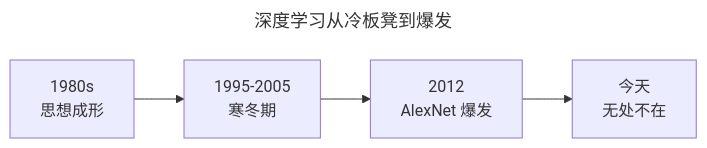
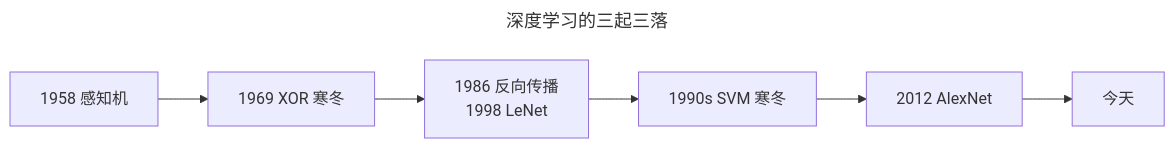
Before and after one commit to Joneyao/dl-from-scratch: the first of 7 diagrams in docs/articles/02-dl-boom.md, drawn with Mermaid. The commit also changed other lines of this file and 20 other files, not shown here.

Commit message:
docs(dl): 22篇深度扩写（8层模板）+ mermaid修复

````diff
--- a/docs/articles/02-dl-boom.md
+++ b/docs/articles/02-dl-boom.md
@@ -22,9 +20,11 @@
 ```mermaid
 ---
-title: 深度学习从冷板凳到爆发
+title: 深度学习的三起三落
 ---
 flowchart LR
-    A[1980s<br/>思想成形] --> B[1995-2005<br/>寒冬期]
-    B --> C[2012<br/>AlexNet 爆发]
-    C --> D[今天<br/>无处不在]
+    A[1958 感知机] --> B[1969 XOR 寒冬]
+    B --> C[1986 反向传播<br/>1998 LeNet]
+    C --> D[1990s SVM 寒冬]
+    D --> E[2012 AlexNet]
+    E --> F[今天]
 ```
````
